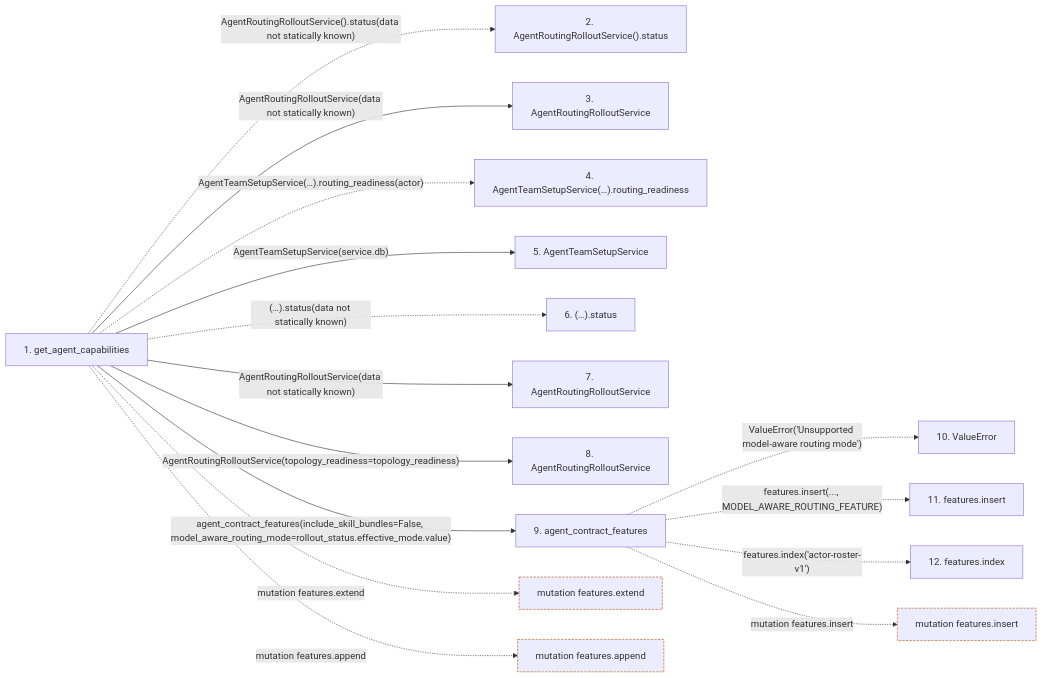
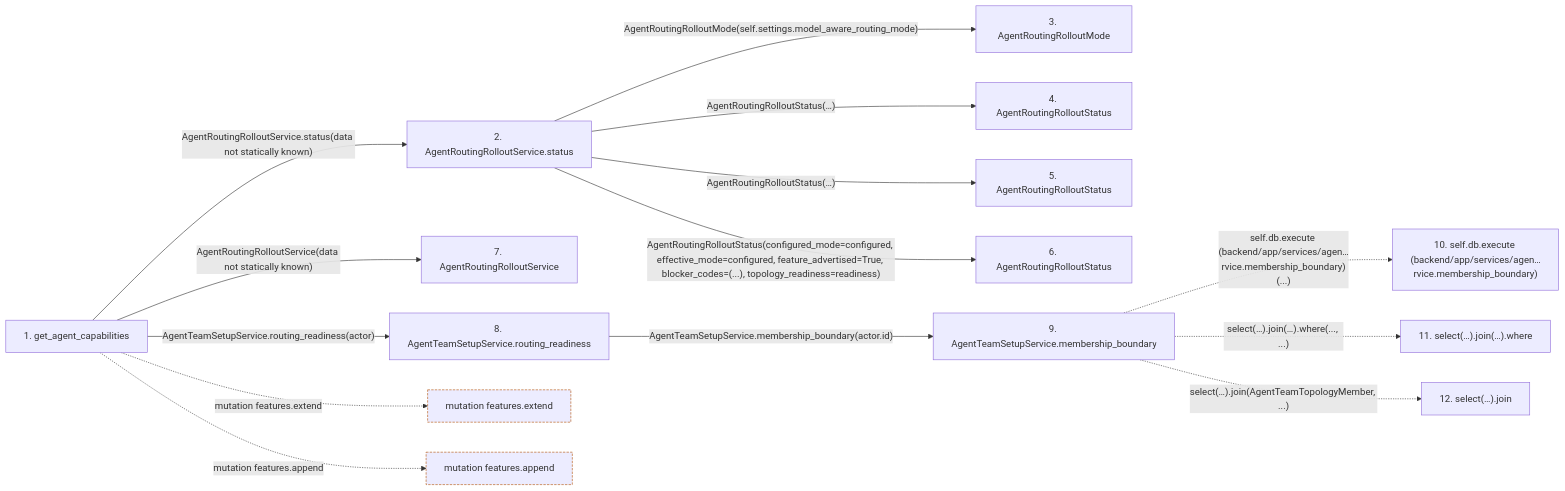
The second of 2 diagrams in docs/llm_wiki/flows/http-get_agent_capabilities.md (Denissvgn/WorkChord), drawn with Mermaid before and after one commit. The commit also changed other lines of this file and 25171 other files, not shown here.

````diff
--- a/docs/llm_wiki/flows/http-get_agent_capabilities.md
+++ b/docs/llm_wiki/flows/http-get_agent_capabilities.md
@@ -88,42 +144,42 @@
 ```mermaid
 flowchart LR
     s1["1. get_agent_capabilities"]
-    s2["2. AgentRoutingRolloutService().status"]
-    s3["3. AgentRoutingRolloutService"]
-    s4["4. AgentTeamSetupService(…).routing_readiness"]
-    s5["5. AgentTeamSetupService"]
-    s6["6. (…).status"]
+    s2["2. AgentRoutingRolloutService.status"]
+    s3["3. AgentRoutingRolloutMode"]
+    s4["4. AgentRoutingRolloutStatus"]
+    s5["5. AgentRoutingRolloutStatus"]
+    s6["6. AgentRoutingRolloutStatus"]
     s7["7. AgentRoutingRolloutService"]
-    s8["8. AgentRoutingRolloutService"]
-    s9["9. agent_contract_features"]
-    s10["10. ValueError"]
-    s11["11. features.insert"]
-    s12["12. features.index"]
-    s1 -. "AgentRoutingRolloutService().status(data not statically known)" .-> s2
-    s1 -->|"AgentRoutingRolloutService(data not statically known)"| s3
-    s1 -. "AgentTeamSetupService(…).routing_readiness(actor)" .-> s4
-    s1 -->|"AgentTeamSetupService(service.db)"| s5
-    s1 -. "(…).status(data not statically known)" .-> s6
+    s8["8. AgentTeamSetupService.routing_readiness"]
+    s9["9. AgentTeamSetupService.membership_boundary"]
+    s10["10. self.db.execute (backend/app/services/agen…rvice.membership_boundary)"]
+    s11["11. select(…).join(…).where"]
+    s12["12. select(…).join"]
+    s1 -->|"AgentRoutingRolloutService.status(data not statically known)"| s2
+    s2 -->|"AgentRoutingRolloutMode(self.settings.model_aware_routing_mode)"| s3
+    s2 -->|"AgentRoutingRolloutStatus(…)"| s4
+    s2 -->|"AgentRoutingRolloutStatus(…)"| s5
+    s2 -->|"AgentRoutingRolloutStatus(configured_mode=configured, effective_mode=configured, feature_advertised=True, blocker_codes=(...), topology_readiness=readiness)"| s6
     s1 -->|"AgentRoutingRolloutService(data not statically known)"| s7
-    s1 -->|"AgentRoutingRolloutService(topology_readiness=topology_readiness)"| s8
-    s1 -->|"agent_contract_features(include_skill_bundles=False, model_aware_routing_mode=rollout_status.effective_mode.value)"| s9
-    s9 -. "ValueError('Unsupported model-aware routing mode')" .-> s10
-    s9 -. "features.insert(..., MODEL_AWARE_ROUTING_FEATURE)" .-> s11
-    s9 -. "features.index('actor-roster-v1')" .-> s12
+    s1 -->|"AgentTeamSetupService.routing_readiness(actor)"| s8
+    s8 -->|"AgentTeamSetupService.membership_boundary(actor.id)"| s9
+    s9 -. "self.db.execute (backend/app/services/agen…rvice.membership_boundary)(...)" .-> s10
+    s9 -. "select(…).join(…).where(..., ...)" .-> s11
+    s9 -. "select(…).join(AgentTeamTopologyMember, ...)" .-> s12
     b0["mutation features.extend"]
     s1 -. "mutation features.extend" .-> b0
     b1["mutation features.append"]
     s1 -. "mutation features.append" .-> b1
-    b2["mutation features.insert"]
-    s9 -. "mutation features.insert" .-> b2
     click s1 "../modules/routers_agent.md"
+    click s2 "../modules/agent_routing_rollout.md"
     click s3 "../modules/agent_routing_rollout.md"
-    click s5 "../modules/agent_team_setup_service.md"
+    click s4 "../modules/agent_routing_rollout.md"
+    click s5 "../modules/agent_routing_rollout.md"
+    click s6 "../modules/agent_routing_rollout.md"
     click s7 "../modules/agent_routing_rollout.md"
-    click s8 "../modules/agent_routing_rollout.md"
-    click s9 "../modules/agent_contract.md"
+    click s8 "../modules/agent_team_setup_service.md"
+    click s9 "../modules/agent_team_setup_service.md"
     classDef boundary stroke:#b45309,stroke-dasharray: 4 2
     class b0 boundary
     class b1 boundary
-    class b2 boundary
 ```
````
